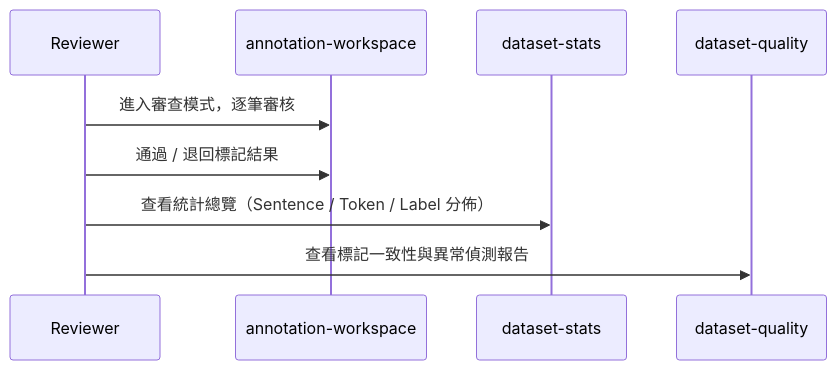
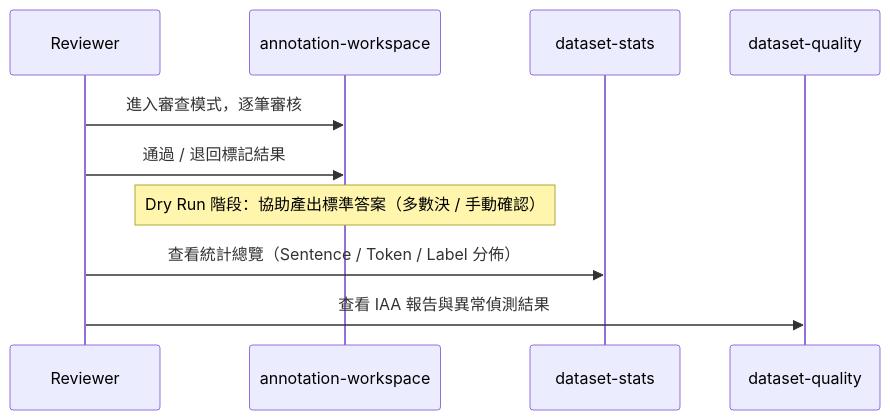
The fourth of 5 diagrams in docs/ia/information-architecture.md (singyichen/label-suite), drawn with Mermaid before and after one commit. The commit also changed other lines of this file and 1 other file, not shown here.

````diff
--- a/docs/ia/information-architecture.md
+++ b/docs/ia/information-architecture.md
@@ -267,12 +341,13 @@
 ```mermaid
 sequenceDiagram
   participant R as Reviewer
   participant AW as annotation-workspace
   participant DS as dataset-stats
   participant DQ as dataset-quality
 
   R->>AW: 進入審查模式，逐筆審核
   R->>AW: 通過 / 退回標記結果
+  Note over AW: Dry Run 階段：協助產出標準答案（多數決 / 手動確認）
   R->>DS: 查看統計總覽（Sentence / Token / Label 分佈）
-  R->>DQ: 查看標記一致性與異常偵測報告
+  R->>DQ: 查看 IAA 報告與異常偵測結果
 ```
````
